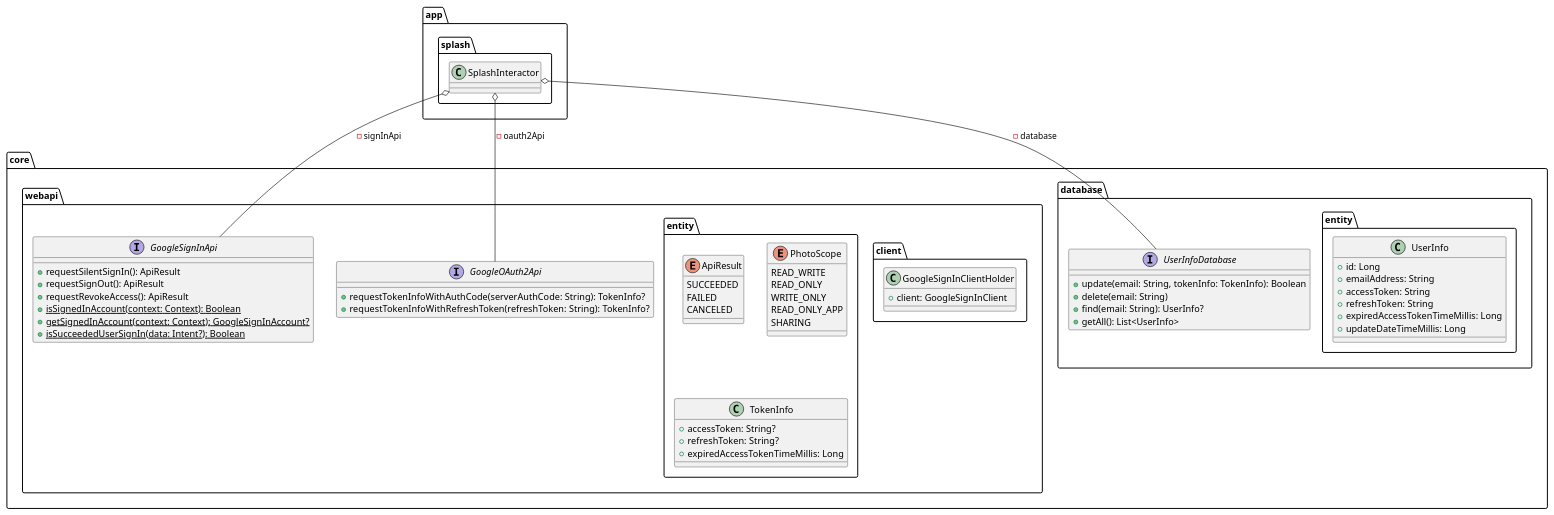
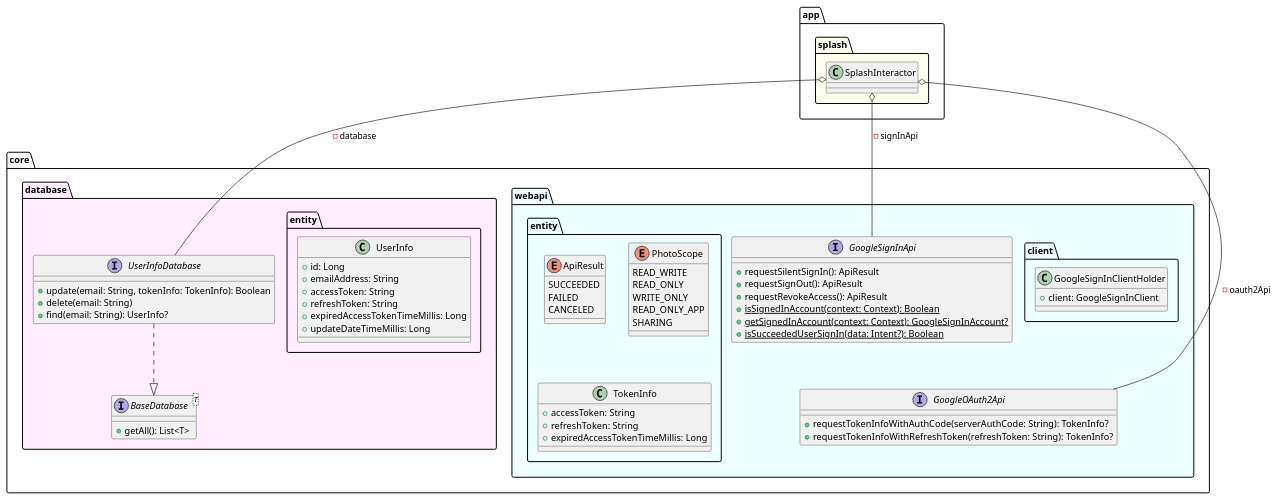
The diagram in uml/splash/class_diagram_splash_api.md (sallyluenoa/PhotoSlideShow), drawn with PlantUML before and after one commit. The commit also changed 5 other files, not shown here.

First line of the commit message:
Write UML for design #13

```diff
--- a/uml/splash/class_diagram_splash_api.md
+++ b/uml/splash/class_diagram_splash_api.md
@@ -1,71 +1,77 @@
 @startuml
-namespace app.splash {
+namespace app.splash #FFFFEE {
   class SplashInteractor
 }
 
-namespace core.webapi {
+namespace core.webapi #EEFFFF {
   interface GoogleSignInApi {
     + requestSilentSignIn(): ApiResult
     + requestSignOut(): ApiResult
     + requestRevokeAccess(): ApiResult
     + {static} isSignedInAccount(context: Context): Boolean
     + {static} getSignedInAccount(context: Context): GoogleSignInAccount?
     + {static} isSucceededUserSignIn(data: Intent?): Boolean
   }
   interface GoogleOAuth2Api {
     + requestTokenInfoWithAuthCode(serverAuthCode: String): TokenInfo?
     + requestTokenInfoWithRefreshToken(refreshToken: String): TokenInfo?
   }
+
+  GoogleSignInApi -[hidden]-> GoogleOAuth2Api
 
   namespace client {
     class GoogleSignInClientHolder {
       + client: GoogleSignInClient
     }
   }
 
   namespace entity {
     enum ApiResult {
       SUCCEEDED
       FAILED
       CANCELED
     }
     enum PhotoScope {
       READ_WRITE
       READ_ONLY
       WRITE_ONLY
       READ_ONLY_APP
       SHARING
     }
     class TokenInfo {
-      + accessToken: String?
-      + refreshToken: String?
+      + accessToken: String
+      + refreshToken: String
       + expiredAccessTokenTimeMillis: Long
     }
   }
 }
 
-namespace core.database {
+namespace core.database #FFEEFF {
   interface UserInfoDatabase {
     + update(email: String, tokenInfo: TokenInfo): Boolean
     + delete(email: String)
     + find(email: String): UserInfo?
-    + getAll(): List<UserInfo>
   }
+  interface BaseDatabase<T> {
+    + getAll(): List<T>
+  }
+
+  UserInfoDatabase ..|> BaseDatabase
 
   namespace entity {
     class UserInfo {
       + id: Long
       + emailAddress: String
       + accessToken: String
       + refreshToken: String
       + expiredAccessTokenTimeMillis: Long
       + updateDateTimeMillis: Long
     }
   }
 }
 
 app.splash.SplashInteractor o-- core.webapi.GoogleSignInApi: -signInApi
 app.splash.SplashInteractor o-- core.webapi.GoogleOAuth2Api: -oauth2Api
 app.splash.SplashInteractor o-- core.database.UserInfoDatabase: -database
 
 @enduml
```
